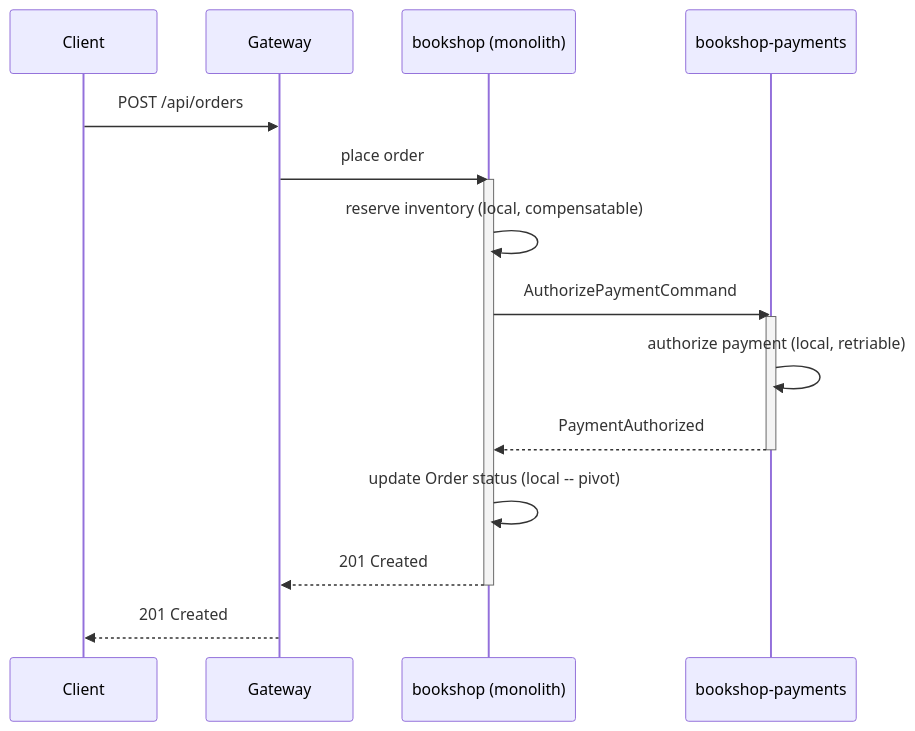
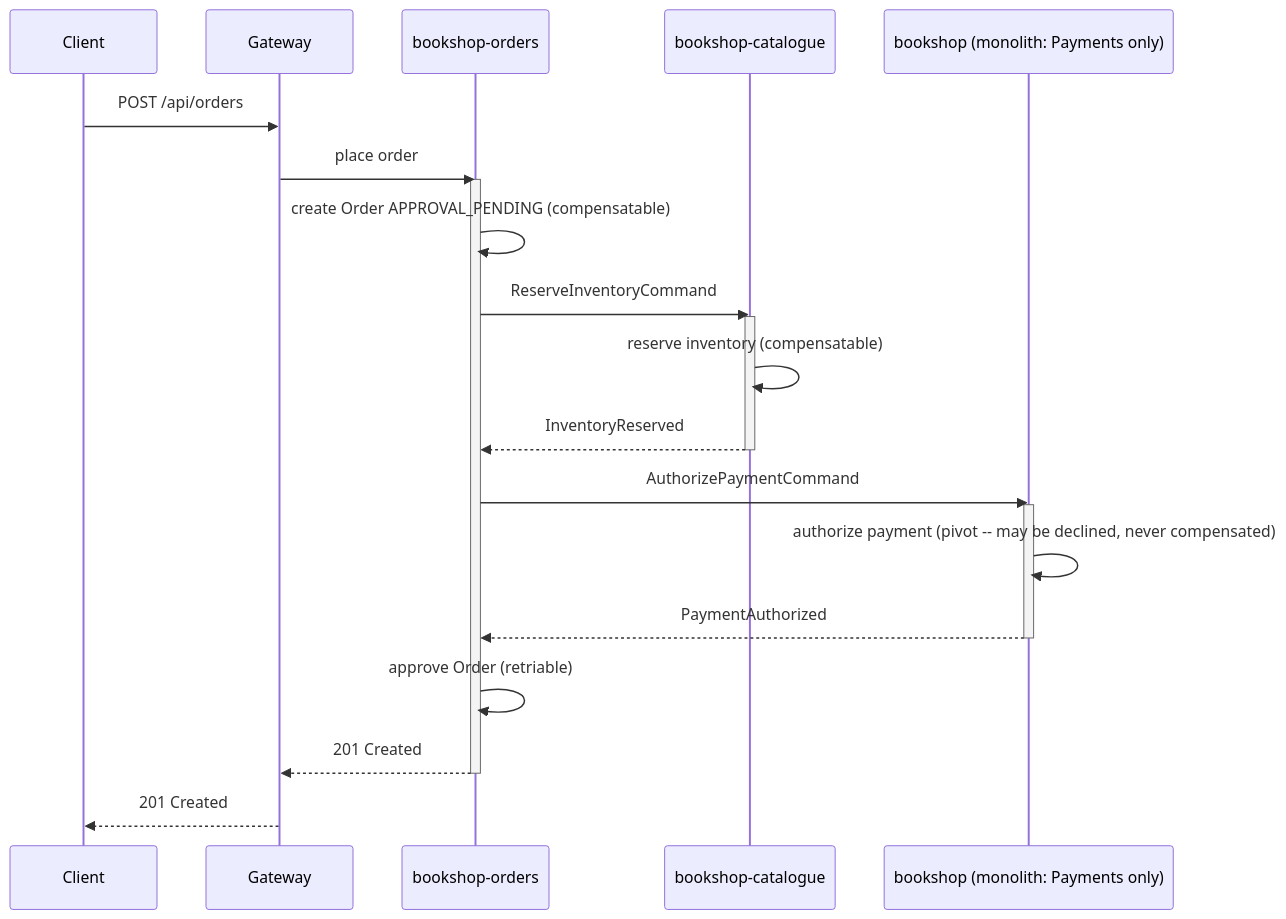
Before and after one commit to albertoirurueta/docs: the second of 3 diagrams in modules/ROOT/pages/backend/architecture/migration-path-monolith-to-microservices.adoc, drawn with Mermaid. The commit also changed other lines of this file and 12 other files, not shown here.

First line of the commit message:
Address review findings on the Architecture section (#154)

```diff
--- a/modules/ROOT/pages/backend/architecture/migration-path-monolith-to-microservices.adoc
+++ b/modules/ROOT/pages/backend/architecture/migration-path-monolith-to-microservices.adoc
@@ -392,21 +397,27 @@
 [mermaid]
 ....
 sequenceDiagram
     participant Client
     participant Gateway
-    participant Bookshop as bookshop (monolith)
-    participant Payments as bookshop-payments
+    participant Orders as bookshop-orders
+    participant Catalogue as bookshop-catalogue
+    participant Bookshop as bookshop (monolith: Payments only)
     Client->>Gateway: POST /api/orders
-    Gateway->>Bookshop: place order
+    Gateway->>Orders: place order
+    activate Orders
+    Orders->>Orders: create Order APPROVAL_PENDING (compensatable)
+    Orders->>Catalogue: ReserveInventoryCommand
+    activate Catalogue
+    Catalogue->>Catalogue: reserve inventory (compensatable)
+    Catalogue-->>Orders: InventoryReserved
+    deactivate Catalogue
+    Orders->>Bookshop: AuthorizePaymentCommand
     activate Bookshop
-    Bookshop->>Bookshop: reserve inventory (local, compensatable)
-    Bookshop->>Payments: AuthorizePaymentCommand
-    activate Payments
-    Payments->>Payments: authorize payment (local, retriable)
-    Payments-->>Bookshop: PaymentAuthorized
-    deactivate Payments
-    Bookshop->>Bookshop: update Order status (local -- pivot)
-    Bookshop-->>Gateway: 201 Created
+    Bookshop->>Bookshop: authorize payment (pivot -- may be declined, never compensated)
+    Bookshop-->>Orders: PaymentAuthorized
     deactivate Bookshop
+    Orders->>Orders: approve Order (retriable)
+    Orders-->>Gateway: 201 Created
+    deactivate Orders
     Gateway-->>Client: 201 Created
 ....
```
